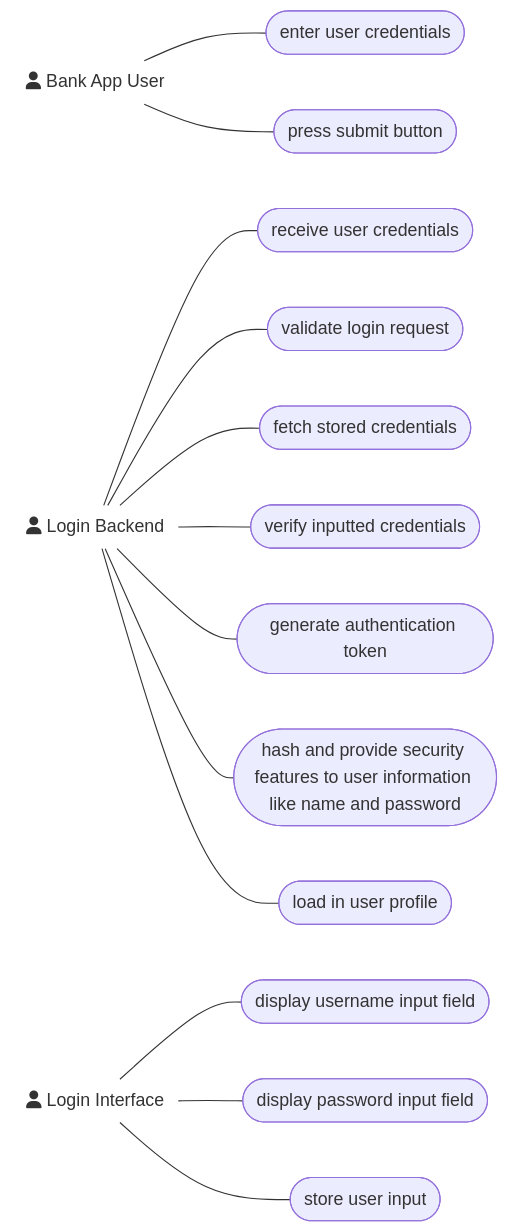
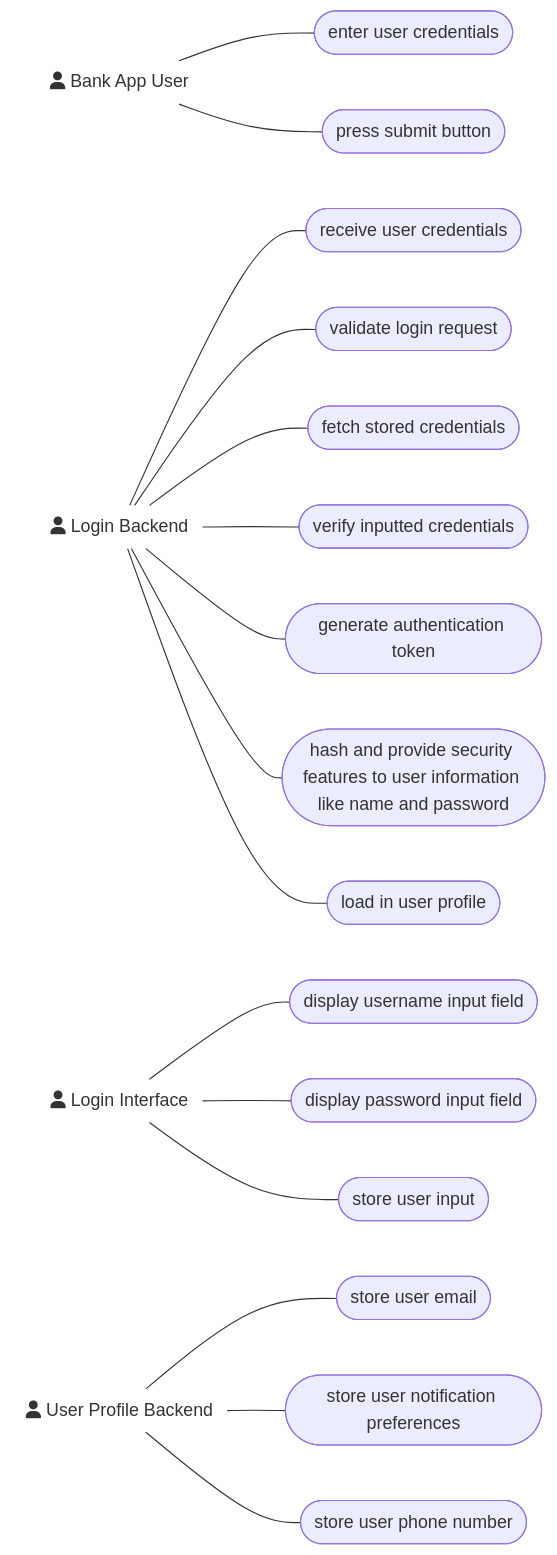
Before and after one commit to Sean2309/50.003_ESC_Project: the second of 6 diagrams in UML Class Diagrams/useCaseDiagrams.md, drawn with Mermaid.

Commit message:
Update user profile

````diff
--- a/UML Class Diagrams/useCaseDiagrams.md
+++ b/UML Class Diagrams/useCaseDiagrams.md
@@ -15,22 +15,27 @@
 ```mermaid
 graph LR
 
         style LU fill-opacity:0, stroke-opacity:0;
         style LS fill-opacity:0, stroke-opacity:0;
         style LI fill-opacity:0, stroke-opacity:0;
+        style LS_UP fill-opacity:0, stroke-opacity:0;
         direction LR  %%
         LU([fa:fa-user Bank App User]) --- childLU_1([enter user credentials])
         LU([fa:fa-user Bank App User]) --- childLU_3([press submit button])
 
         LI([fa:fa-user Login Interface]) --- childLI_1([display username input field])
         LI([fa:fa-user Login Interface]) --- childLI_2([display password input field])
         LI([fa:fa-user Login Interface]) --- childLI_3([store user input])
 
         LS([fa:fa-user Login Backend]) --- childLS_1([receive user credentials])
         LS([fa:fa-user Login Backend]) --- childLS_2([validate login request])
         LS([fa:fa-user Login Backend]) --- childLS_3([fetch stored credentials])
         LS([fa:fa-user Login Backend]) --- childLS_4([verify inputted credentials])
         LS([fa:fa-user Login Backend]) --- childLS_5([generate authentication token])
         LS([fa:fa-user Login Backend]) --- childLS_6([hash and provide security features to user information like name and password])
         LS([fa:fa-user Login Backend]) --- childLS_7([load in user profile])
+
+        LS_UP([fa:fa-user User Profile Backend]) --- childUP_1([store user email])
+        LS_UP([fa:fa-user User Profile Backend]) --- childUP_2([store user notification preferences])
+        LS_UP([fa:fa-user User Profile Backend]) --- childUP_3([store user phone number])
 ```
````
